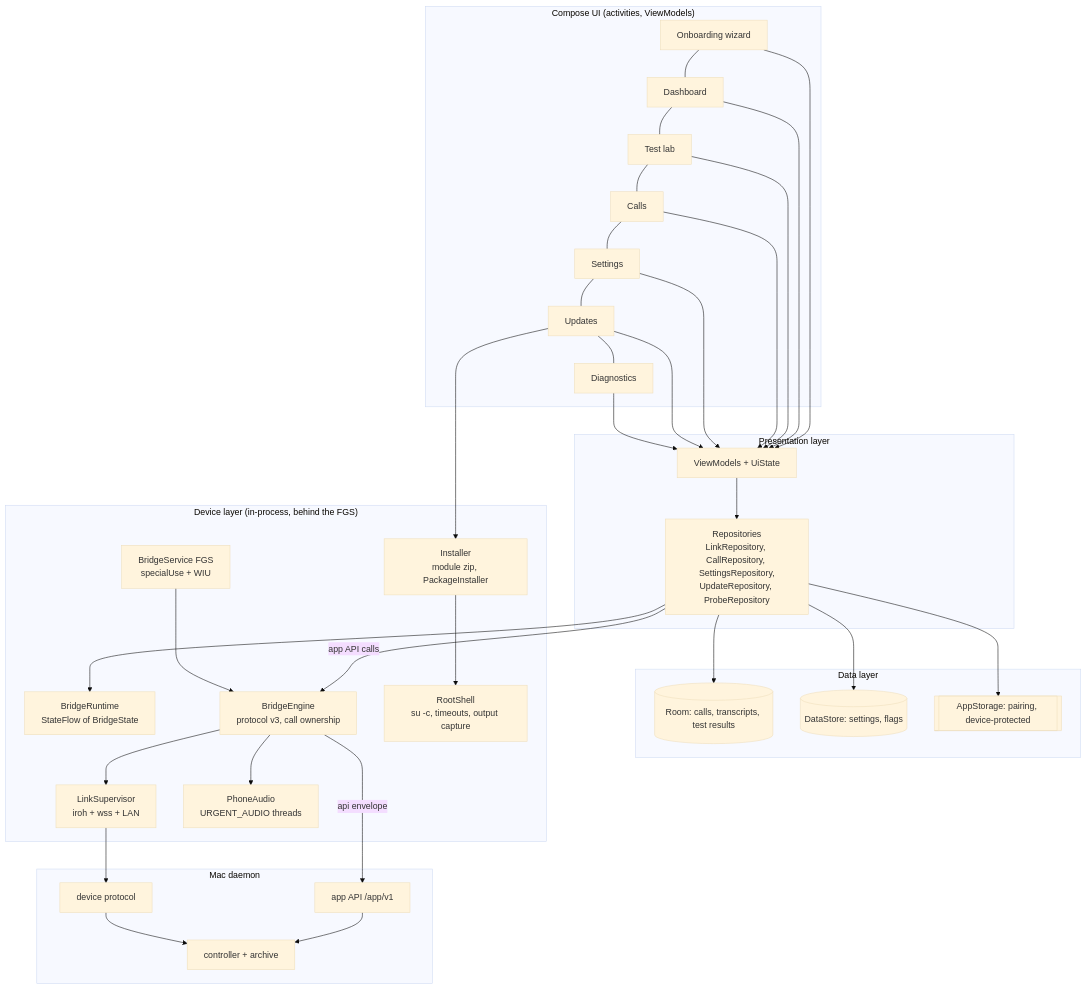
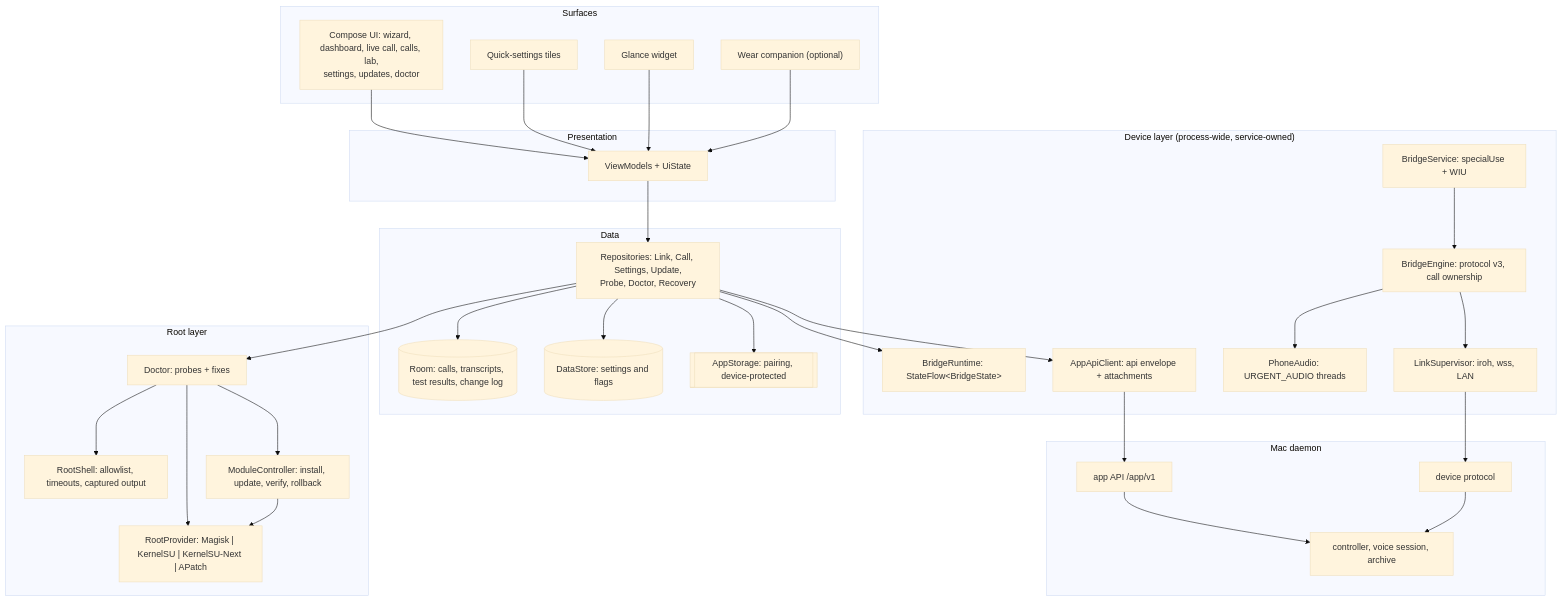
Before and after one commit to d3d0n/phonxiety: the second of 2 diagrams in docs/mobile-client-plan.md, drawn with Mermaid (base theme). The commit also changed other lines of this file, not shown here.

Commit message:
Mobile client plan: no estimates, bolder scope, KernelSU/APatch root providers, one-button setup, Magisk module features

````diff
--- a/docs/mobile-client-plan.md
+++ b/docs/mobile-client-plan.md
@@ -161,46 +286,53 @@
 ```mermaid
 flowchart TB
-  subgraph UI["Compose UI (activities, ViewModels)"]
-    W[Onboarding wizard] --- D[Dashboard] --- L[Test lab] --- C[Calls] --- S[Settings] --- U[Updates] --- X[Diagnostics]
+  subgraph SURFACES["Surfaces"]
+    UI["Compose UI: wizard, dashboard, live call, calls, lab,<br/>settings, updates, doctor"]
+    QS["Quick-settings tiles"]
+    WID["Glance widget"]
+    WEAR["Wear companion (optional)"]
   end
 
-  subgraph VM["Presentation layer"]
-    VMF[ViewModels + UiState] --> REPO
+  subgraph VM["Presentation"]
+    VMF["ViewModels + UiState"]
   end
 
-  subgraph DATA["Data layer"]
-    REPO[Repositories<br/>LinkRepository, CallRepository, SettingsRepository,<br/>UpdateRepository, ProbeRepository]
-    ROOM[(Room: calls, transcripts, test results)]
-    DS[(DataStore: settings, flags)]
-    PAIR[[AppStorage: pairing, device-protected]]
+  subgraph DATA["Data"]
+    REPO["Repositories: Link, Call, Settings, Update,<br/>Probe, Doctor, Recovery"]
+    ROOM[("Room: calls, transcripts, test results, change log")]
+    DSTOR[("DataStore: settings and flags")]
+    PAIR[["AppStorage: pairing, device-protected"]]
   end
 
-  subgraph DEV["Device layer (in-process, behind the FGS)"]
-    RT[BridgeRuntime<br/>StateFlow of BridgeState]
-    ENG[BridgeEngine<br/>protocol v3, call ownership]
-    LINK[LinkSupervisor<br/>iroh + wss + LAN]
-    AUDIO[PhoneAudio<br/>URGENT_AUDIO threads]
-    ROOT[RootShell<br/>su -c, timeouts, output capture]
-    INST[Installer<br/>module zip, PackageInstaller]
-    SVC[BridgeService FGS<br/>specialUse + WIU]
+  subgraph DEV["Device layer (process-wide, service-owned)"]
+    RT["BridgeRuntime: StateFlow&lt;BridgeState&gt;"]
+    ENG["BridgeEngine: protocol v3, call ownership"]
+    LINK["LinkSupervisor: iroh, wss, LAN"]
+    AUD["PhoneAudio: URGENT_AUDIO threads"]
+    SVC["BridgeService: specialUse + WIU"]
+    APPAPI["AppApiClient: api envelope + attachments"]
+  end
+
+  subgraph ROOT["Root layer"]
+    RP["RootProvider: Magisk | KernelSU | KernelSU-Next | APatch"]
+    SH["RootShell: allowlist, timeouts, captured output"]
+    MOD["ModuleController: install, update, verify, rollback"]
+    DOC["Doctor: probes + fixes"]
   end
 
   subgraph MAC["Mac daemon"]
-    DPROTO[device protocol]
-    APPAPI[app API /app/v1]
-    CTRL[controller + archive]
+    DP["device protocol"]
+    API["app API /app/v1"]
+    CTRL["controller, voice session, archive"]
   end
 
-  W & D & L & C & S & U & X --> VMF
-  REPO --> ROOM & DS & PAIR
-  REPO --> RT
-  REPO -->|app API calls| ENG
-  SVC --> ENG
-  ENG --> LINK --> DPROTO
-  ENG --> AUDIO
-  ENG -->|api envelope| APPAPI
-  APPAPI --> CTRL
-  INST --> ROOT
-  U --> INST
-  DPROTO --> CTRL
+  UI & QS & WID & WEAR --> VMF --> REPO
+  REPO --> ROOM & DSTOR & PAIR & RT
+  REPO --> APPAPI
+  REPO --> DOC
+  DOC --> MOD & SH & RP
+  MOD --> RP
+  SVC --> ENG --> LINK --> DP
+  ENG --> AUD
+  APPAPI --> API --> CTRL
+  DP --> CTRL
 ```
````
